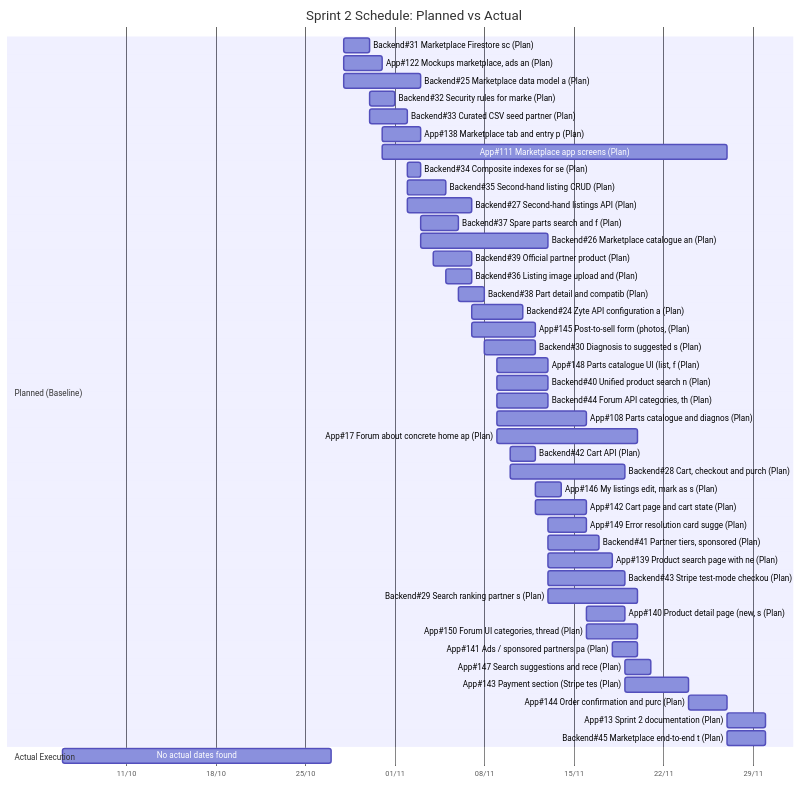
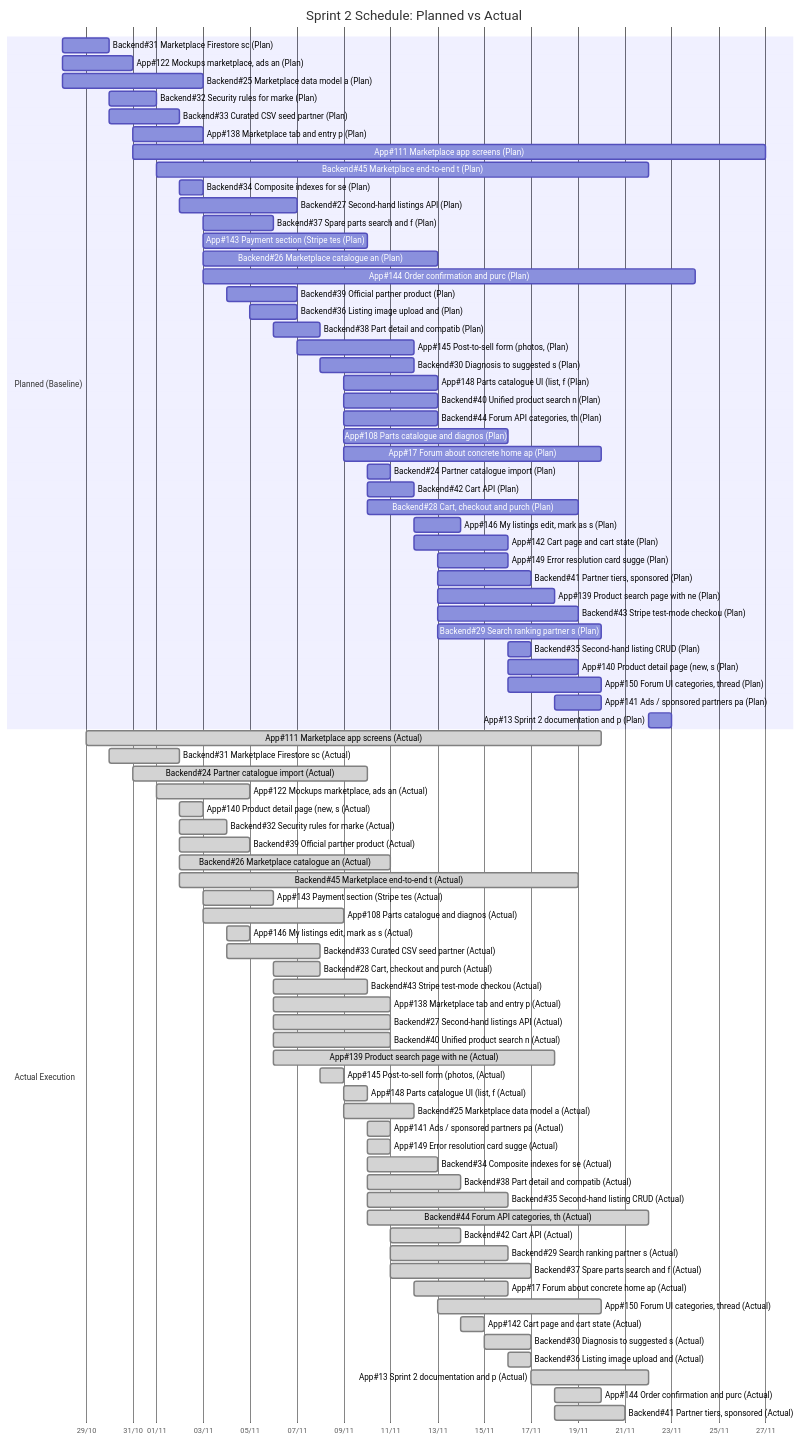
One commit to HoDoWo/app-kotlin changed the third of 5 diagrams in docs/gantt-chart.md. Above: the diagram before and after it, drawn with Mermaid. The commit also changed other lines of this file, not shown here.

Commit message:
Auto-update Gantt comparison chart

````diff
--- a/docs/gantt-chart.md
+++ b/docs/gantt-chart.md
@@ -215,15 +304,16 @@
     Backend#33 Curated CSV seed partner (Plan) :p_backend_33, 2026-10-30, 2026-11-02
     App#138 Marketplace tab and entry p (Plan) :p_app_138, 2026-10-31, 2026-11-03
     App#111 Marketplace app screens (Plan) :p_app_111, 2026-10-31, 2026-11-27
+    Backend#45 Marketplace end-to-end t (Plan) :p_backend_45, 2026-11-01, 2026-11-22
     Backend#34 Composite indexes for se (Plan) :p_backend_34, 2026-11-02, 2026-11-03
-    Backend#35 Second-hand listing CRUD (Plan) :p_backend_35, 2026-11-02, 2026-11-05
     Backend#27 Second-hand listings API (Plan) :p_backend_27, 2026-11-02, 2026-11-07
     Backend#37 Spare parts search and f (Plan) :p_backend_37, 2026-11-03, 2026-11-06
+    App#143 Payment section (Stripe tes (Plan) :p_app_143, 2026-11-03, 2026-11-10
     Backend#26 Marketplace catalogue an (Plan) :p_backend_26, 2026-11-03, 2026-11-13
+    App#144 Order confirmation and purc (Plan) :p_app_144, 2026-11-03, 2026-11-24
     Backend#39 Official partner product (Plan) :p_backend_39, 2026-11-04, 2026-11-07
     Backend#36 Listing image upload and (Plan) :p_backend_36, 2026-11-05, 2026-11-07
     Backend#38 Part detail and compatib (Plan) :p_backend_38, 2026-11-06, 2026-11-08
-    Backend#24 Zyte API configuration a (Plan) :p_backend_24, 2026-11-07, 2026-11-11
     App#145 Post-to-sell form (photos, (Plan) :p_app_145, 2026-11-07, 2026-11-12
     Backend#30 Diagnosis to suggested s (Plan) :p_backend_30, 2026-11-08, 2026-11-12
     App#148 Parts catalogue UI (list, f (Plan) :p_app_148, 2026-11-09, 2026-11-13
@@ -231,6 +321,7 @@
     Backend#44 Forum API categories, th (Plan) :p_backend_44, 2026-11-09, 2026-11-13
     App#108 Parts catalogue and diagnos (Plan) :p_app_108, 2026-11-09, 2026-11-16
     App#17 Forum about concrete home ap (Plan) :p_app_17, 2026-11-09, 2026-11-20
+    Backend#24 Partner catalogue import (Plan) :p_backend_24, 2026-11-10, 2026-11-11
     Backend#42 Cart API (Plan) :p_backend_42, 2026-11-10, 2026-11-12
     Backend#28 Cart, checkout and purch (Plan) :p_backend_28, 2026-11-10, 2026-11-19
     App#146 My listings edit, mark as s (Plan) :p_app_146, 2026-11-12, 2026-11-14
@@ -240,15 +331,50 @@
     App#139 Product search page with ne (Plan) :p_app_139, 2026-11-13, 2026-11-18
     Backend#43 Stripe test-mode checkou (Plan) :p_backend_43, 2026-11-13, 2026-11-19
     Backend#29 Search ranking partner s (Plan) :p_backend_29, 2026-11-13, 2026-11-20
+    Backend#35 Second-hand listing CRUD (Plan) :p_backend_35, 2026-11-16, 2026-11-17
     App#140 Product detail page (new, s (Plan) :p_app_140, 2026-11-16, 2026-11-19
     App#150 Forum UI categories, thread (Plan) :p_app_150, 2026-11-16, 2026-11-20
     App#141 Ads / sponsored partners pa (Plan) :p_app_141, 2026-11-18, 2026-11-20
-    App#147 Search suggestions and rece (Plan) :p_app_147, 2026-11-19, 2026-11-21
-    App#143 Payment section (Stripe tes (Plan) :p_app_143, 2026-11-19, 2026-11-24
-    App#144 Order confirmation and purc (Plan) :p_app_144, 2026-11-24, 2026-11-27
-    App#13 Sprint 2 documentation (Plan) :p_app_13, 2026-11-27, 2026-11-30
-    Backend#45 Marketplace end-to-end t (Plan) :p_backend_45, 2026-11-27, 2026-11-30
+    App#13 Sprint 2 documentation and p (Plan) :p_app_13, 2026-11-22, 2026-11-23
 
     section Actual Execution
-    No actual dates found : 2026-10-06, 2026-10-27
+    App#111 Marketplace app screens (Actual) :done, a_app_111, 2026-10-29, 2026-11-20
+    Backend#31 Marketplace Firestore sc (Actual) :done, a_backend_31, 2026-10-30, 2026-11-02
+    Backend#24 Partner catalogue import (Actual) :done, a_backend_24, 2026-10-31, 2026-11-10
+    App#122 Mockups marketplace, ads an (Actual) :done, a_app_122, 2026-11-01, 2026-11-05
+    App#140 Product detail page (new, s (Actual) :done, a_app_140, 2026-11-02, 2026-11-03
+    Backend#32 Security rules for marke (Actual) :done, a_backend_32, 2026-11-02, 2026-11-04
+    Backend#39 Official partner product (Actual) :done, a_backend_39, 2026-11-02, 2026-11-05
+    Backend#26 Marketplace catalogue an (Actual) :done, a_backend_26, 2026-11-02, 2026-11-11
+    Backend#45 Marketplace end-to-end t (Actual) :done, a_backend_45, 2026-11-02, 2026-11-19
+    App#143 Payment section (Stripe tes (Actual) :done, a_app_143, 2026-11-03, 2026-11-06
+    App#108 Parts catalogue and diagnos (Actual) :done, a_app_108, 2026-11-03, 2026-11-09
+    App#146 My listings edit, mark as s (Actual) :done, a_app_146, 2026-11-04, 2026-11-05
+    Backend#33 Curated CSV seed partner (Actual) :done, a_backend_33, 2026-11-04, 2026-11-08
+    Backend#28 Cart, checkout and purch (Actual) :done, a_backend_28, 2026-11-06, 2026-11-08
+    Backend#43 Stripe test-mode checkou (Actual) :done, a_backend_43, 2026-11-06, 2026-11-10
+    App#138 Marketplace tab and entry p (Actual) :done, a_app_138, 2026-11-06, 2026-11-11
+    Backend#27 Second-hand listings API (Actual) :done, a_backend_27, 2026-11-06, 2026-11-11
+    Backend#40 Unified product search n (Actual) :done, a_backend_40, 2026-11-06, 2026-11-11
+    App#139 Product search page with ne (Actual) :done, a_app_139, 2026-11-06, 2026-11-18
+    App#145 Post-to-sell form (photos, (Actual) :done, a_app_145, 2026-11-08, 2026-11-09
+    App#148 Parts catalogue UI (list, f (Actual) :done, a_app_148, 2026-11-09, 2026-11-10
+    Backend#25 Marketplace data model a (Actual) :done, a_backend_25, 2026-11-09, 2026-11-12
+    App#141 Ads / sponsored partners pa (Actual) :done, a_app_141, 2026-11-10, 2026-11-11
+    App#149 Error resolution card sugge (Actual) :done, a_app_149, 2026-11-10, 2026-11-11
+    Backend#34 Composite indexes for se (Actual) :done, a_backend_34, 2026-11-10, 2026-11-13
+    Backend#38 Part detail and compatib (Actual) :done, a_backend_38, 2026-11-10, 2026-11-14
+    Backend#35 Second-hand listing CRUD (Actual) :done, a_backend_35, 2026-11-10, 2026-11-16
+    Backend#44 Forum API categories, th (Actual) :done, a_backend_44, 2026-11-10, 2026-11-22
+    Backend#42 Cart API (Actual) :done, a_backend_42, 2026-11-11, 2026-11-14
+    Backend#29 Search ranking partner s (Actual) :done, a_backend_29, 2026-11-11, 2026-11-16
+    Backend#37 Spare parts search and f (Actual) :done, a_backend_37, 2026-11-11, 2026-11-17
+    App#17 Forum about concrete home ap (Actual) :done, a_app_17, 2026-11-12, 2026-11-16
+    App#150 Forum UI categories, thread (Actual) :done, a_app_150, 2026-11-13, 2026-11-20
+    App#142 Cart page and cart state (Actual) :done, a_app_142, 2026-11-14, 2026-11-15
+    Backend#30 Diagnosis to suggested s (Actual) :done, a_backend_30, 2026-11-15, 2026-11-17
+    Backend#36 Listing image upload and (Actual) :done, a_backend_36, 2026-11-16, 2026-11-17
+    App#13 Sprint 2 documentation and p (Actual) :done, a_app_13, 2026-11-17, 2026-11-22
+    App#144 Order confirmation and purc (Actual) :done, a_app_144, 2026-11-18, 2026-11-20
+    Backend#41 Partner tiers, sponsored (Actual) :done, a_backend_41, 2026-11-18, 2026-11-21
 ```
````
